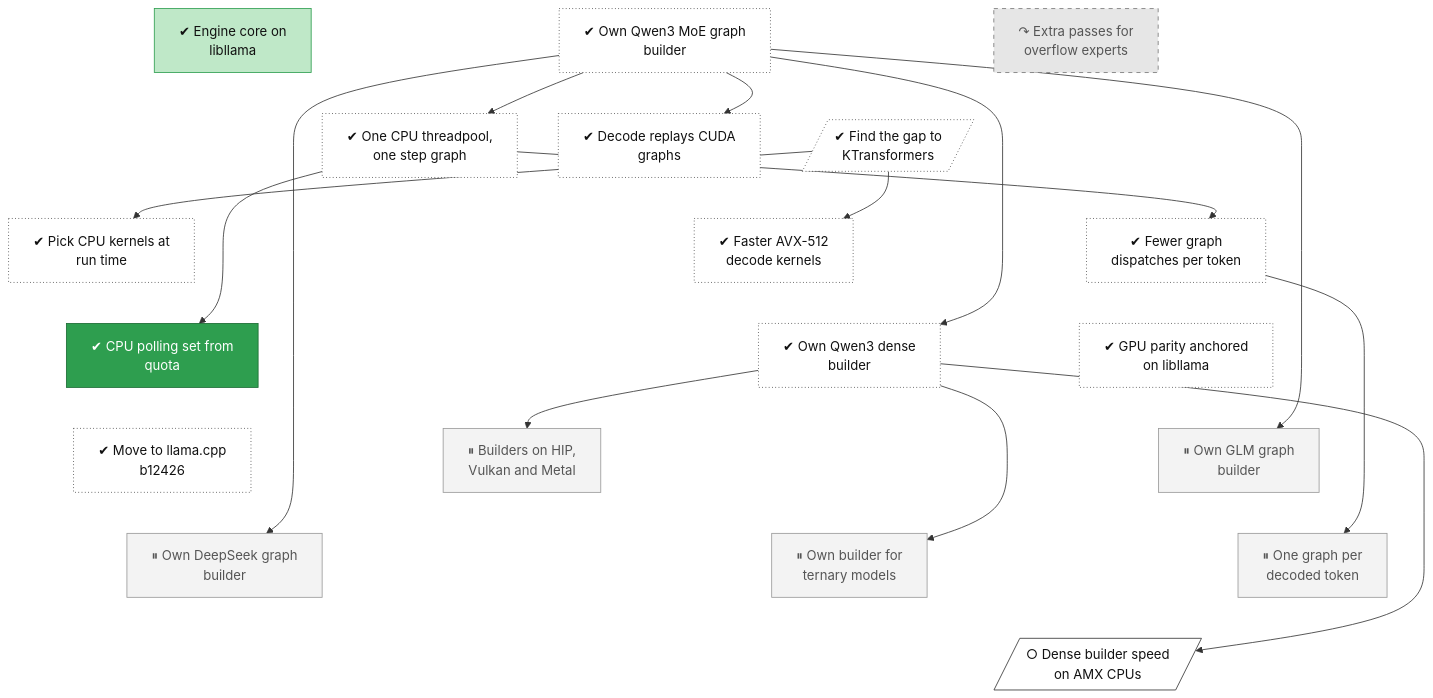
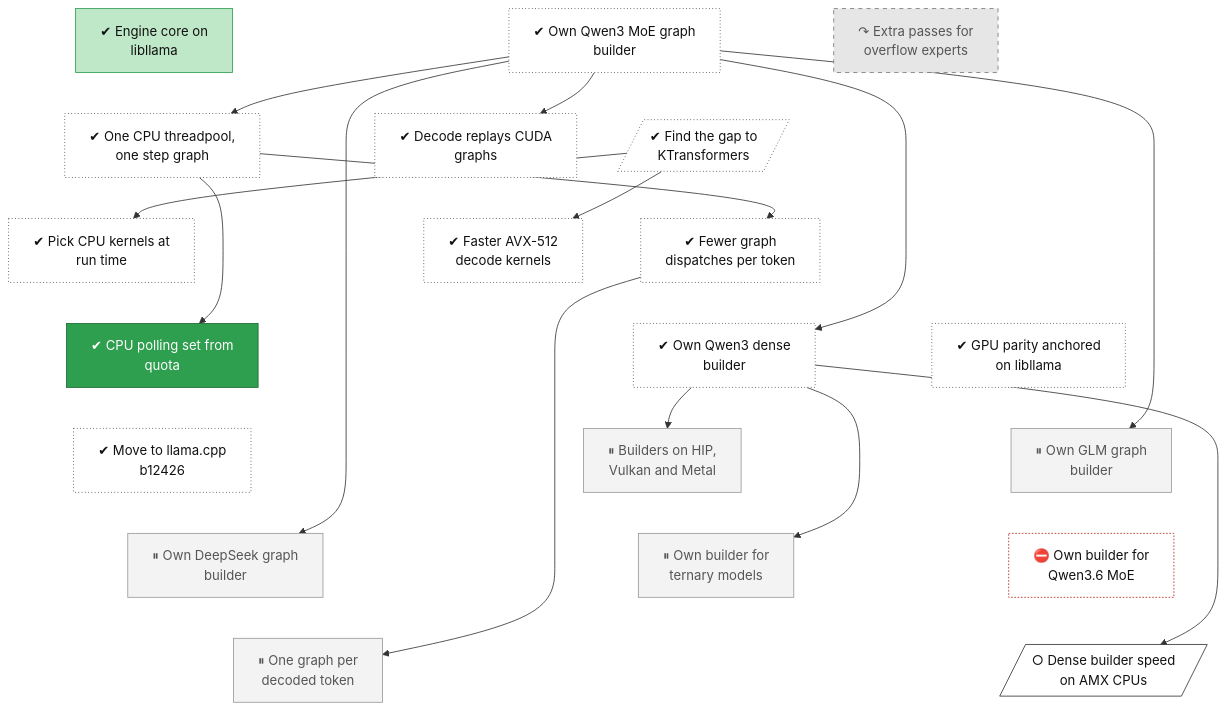
Before and after one commit to lhns/tetraeder: the diagram in docs/roadmap/tracks/engine.md, drawn with Mermaid. The commit also changed other lines of this file and 11 other files, not shown here.

Commit message:
Strata feature matrix (docs/notes/strata-parity.md, v0.2.20 from source), ADR 0085 (Proposed), tree nodes: bench-strata-q36 first, then an own qwen35moe builder; class 1 nodes kv-auto, ep-split, low-ram modes, prefix SSD (not measured)

````diff
--- a/docs/roadmap/tracks/engine.md
+++ b/docs/roadmap/tracks/engine.md
@@ -10,73 +10,75 @@
 ```mermaid
 flowchart TB
     engine_libllama["✔ Engine core on<br/>libllama"]
     engine_moe_builder["✔ Own Qwen3 MoE graph<br/>builder"]
     engine_overflow_passes["↷ Extra passes for<br/>overflow experts"]
     engine_cpu_threadpool["✔ One CPU threadpool,<br/>one step graph"]
     engine_cuda_graphs["✔ Decode replays CUDA<br/>graphs"]
     engine_kt_gap[/"✔ Find the gap to<br/>KTransformers"/]
     engine_isa_dispatch["✔ Pick CPU kernels at<br/>run time"]
     engine_iqk_kernels["✔ Faster AVX-512<br/>decode kernels"]
     engine_decode_dispatch["✔ Fewer graph<br/>dispatches per token"]
     engine_cpu_poll["✔ CPU polling set from<br/>quota"]
     engine_dense_builder["✔ Own Qwen3 dense<br/>builder"]
     engine_gpu_tolerance["✔ GPU parity anchored<br/>on libllama"]
     engine_pin_b12426["✔ Move to llama.cpp<br/>b12426"]
     engine_backend_parity["⏸ Builders on HIP,<br/>Vulkan and Metal"]
     engine_glm_builder["⏸ Own GLM graph<br/>builder"]
     engine_deepseek_builder["⏸ Own DeepSeek graph<br/>builder"]
     engine_bitnet_builder["⏸ Own builder for<br/>ternary models"]
+    engine_qwen35moe_builder["⛔ Own builder for<br/>Qwen3.6 MoE"]
     engine_one_graph_per_token["⏸ One graph per<br/>decoded token"]
     engine_dense_amx[/"○ Dense builder speed<br/>on AMX CPUs"/]
     engine_libllama ~~~ engine_cpu_threadpool
     engine_moe_builder ~~~ engine_cuda_graphs
     engine_overflow_passes ~~~ engine_kt_gap
     engine_cpu_threadpool ~~~ engine_isa_dispatch
     engine_cuda_graphs ~~~ engine_iqk_kernels
     engine_kt_gap ~~~ engine_decode_dispatch
     engine_isa_dispatch ~~~ engine_cpu_poll
     engine_iqk_kernels ~~~ engine_dense_builder
     engine_decode_dispatch ~~~ engine_gpu_tolerance
     engine_cpu_poll ~~~ engine_pin_b12426
     engine_dense_builder ~~~ engine_backend_parity
     engine_gpu_tolerance ~~~ engine_glm_builder
     engine_pin_b12426 ~~~ engine_deepseek_builder
     engine_backend_parity ~~~ engine_bitnet_builder
-    engine_glm_builder ~~~ engine_one_graph_per_token
-    engine_deepseek_builder ~~~ engine_dense_amx
+    engine_glm_builder ~~~ engine_qwen35moe_builder
+    engine_deepseek_builder ~~~ engine_one_graph_per_token
     engine_bitnet_builder ~~~ engine_dense_amx
-    engine_one_graph_per_token ~~~ engine_dense_amx
+    engine_qwen35moe_builder ~~~ engine_dense_amx
     engine_moe_builder --> engine_cpu_threadpool
     engine_moe_builder --> engine_cuda_graphs
     engine_kt_gap --> engine_isa_dispatch
     engine_kt_gap --> engine_iqk_kernels
     engine_cpu_threadpool --> engine_decode_dispatch
     engine_cpu_threadpool --> engine_cpu_poll
     engine_moe_builder --> engine_dense_builder
     engine_dense_builder --> engine_backend_parity
     engine_moe_builder --> engine_glm_builder
     engine_moe_builder --> engine_deepseek_builder
     engine_dense_builder --> engine_bitnet_builder
     engine_decode_dispatch --> engine_one_graph_per_token
     engine_dense_builder --> engine_dense_amx
     classDef vsucc fill:#2e9e4f,stroke:#1b6b34,color:#fff
     classDef succ fill:#bfe8c8,stroke:#2e9e4f,color:#111
     classDef mixed fill:#ffd37a,stroke:#c98a00,color:#111
     classDef bad fill:#f28b82,stroke:#b3261e,color:#111
     classDef dead fill:#e6e6e6,stroke:#777,stroke-dasharray:5 5,color:#555
     classDef inprog fill:#a8cdf5,stroke:#1f6fc5,color:#111
     classDef next fill:#fff,stroke:#333,color:#111
     classDef blocked fill:#fff,stroke:#b3261e,stroke-dasharray:2 2,color:#111
     classDef parked fill:#f3f3f3,stroke:#999,color:#555
     classDef unrated fill:#fff,stroke:#333,stroke-dasharray:1 3,color:#111
     classDef gate fill:#d9c2f0,stroke:#7b3fb5,color:#111
     classDef decided fill:#ece0f7,stroke:#7b3fb5,stroke-dasharray:2 2,color:#111
     classDef finding fill:#ffe0b2,stroke:#d84315,stroke-width:2px,color:#111
     classDef waiting fill:#e3f2fd,stroke:#1f6fc5,stroke-dasharray:5 5,color:#111
     class engine_libllama succ
     class engine_moe_builder,engine_cpu_threadpool,engine_cuda_graphs,engine_kt_gap,engine_isa_dispatch,engine_iqk_kernels,engine_decode_dispatch,engine_dense_builder,engine_gpu_tolerance,engine_pin_b12426 unrated
     class engine_overflow_passes dead
     class engine_cpu_poll vsucc
     class engine_backend_parity,engine_glm_builder,engine_deepseek_builder,engine_bitnet_builder,engine_one_graph_per_token parked
+    class engine_qwen35moe_builder blocked
     class engine_dense_amx next
 ```
````
